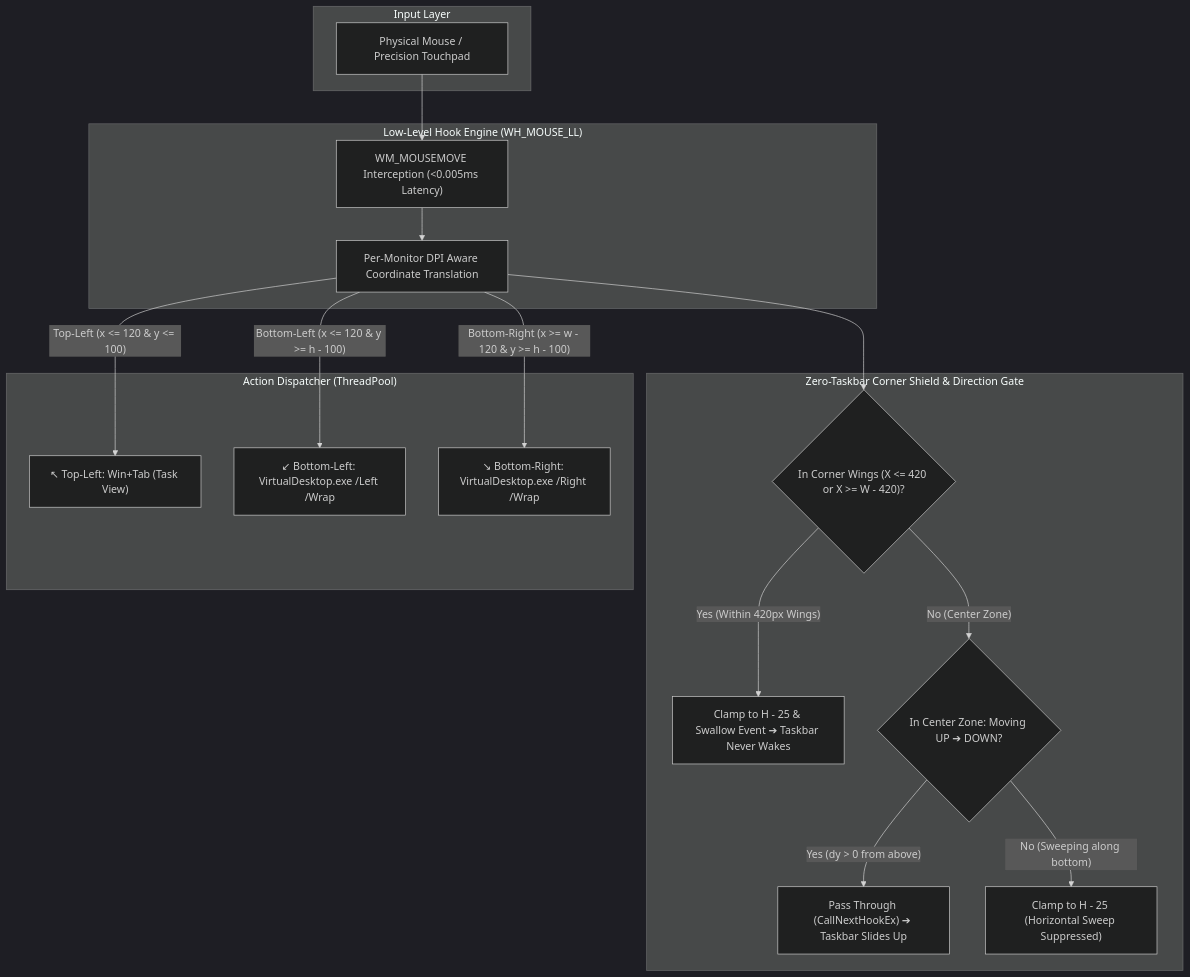
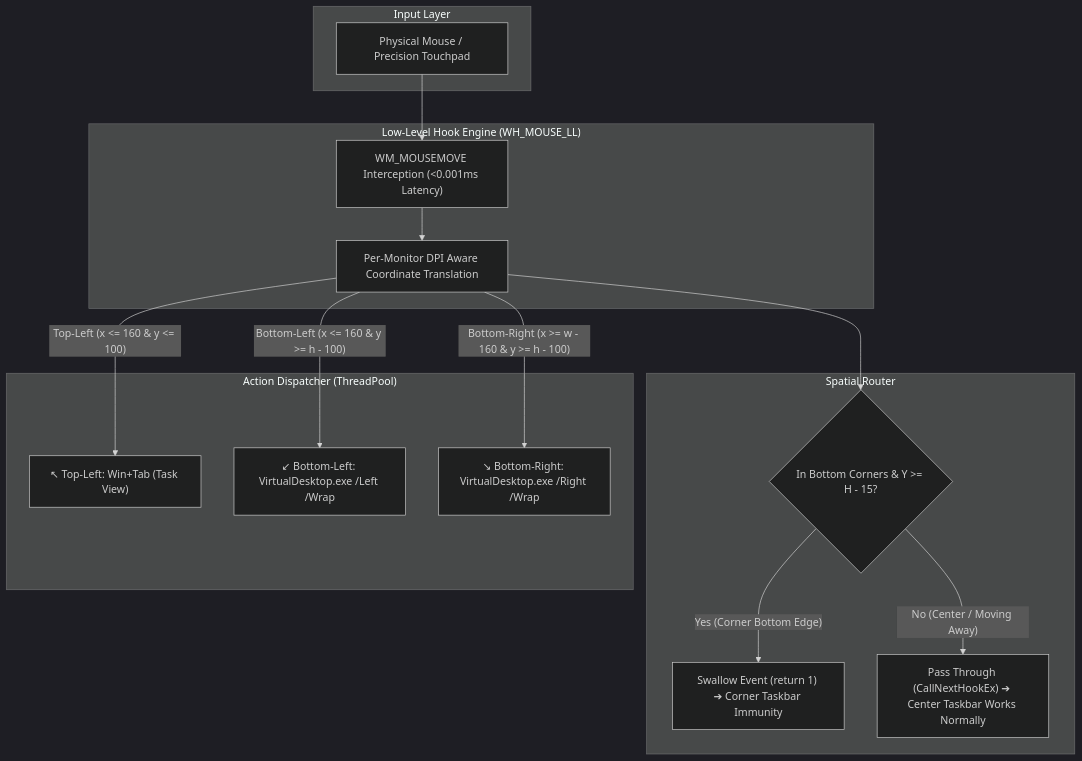
The diagram in README.md (vinman2006/HotCorners), drawn with Mermaid (dark theme) before and after one commit. The commit also changed other lines of this file and 2 other files, not shown here.

Commit message:
fix: restore natural center taskbar unhide and enforce pure swallow corner immunity

````diff
--- a/README.md
+++ b/README.md
@@ -99,34 +97,30 @@
 ```mermaid
 flowchart TD
     subgraph Hardware ["Input Layer"]
         Mouse["Physical Mouse / Precision Touchpad"]
     end
 
     subgraph KernelHook ["Low-Level Hook Engine (WH_MOUSE_LL)"]
-        HookProc["WM_MOUSEMOVE Interception (<0.005ms Latency)"]
+        HookProc["WM_MOUSEMOVE Interception (<0.001ms Latency)"]
         DPI["Per-Monitor DPI Aware Coordinate Translation"]
     end
 
-    subgraph CornerShield ["Zero-Taskbar Corner Shield & Direction Gate"]
-        CheckWings{"In Corner Wings (X <= 420 or X >= W - 420)?"}
-        ClampWing["Clamp to H - 25 & Swallow Event ➔ Taskbar Never Wakes"]
-        CheckCenter{"In Center Zone: Moving UP ➔ DOWN?"}
-        AllowCenter["Pass Through (CallNextHookEx) ➔ Taskbar Slides Up"]
-        ClampSweep["Clamp to H - 25 (Horizontal Sweep Suppressed)"]
+    subgraph Router ["Spatial Router"]
+        CheckCorner{"In Bottom Corners & Y >= H - 15?"}
+        Swallow["Swallow Event (return 1) ➔ Corner Taskbar Immunity"]
+        PassCenter["Pass Through (CallNextHookEx) ➔ Center Taskbar Works Normally"]
     end
 
     subgraph Dispatcher ["Action Dispatcher (ThreadPool)"]
         TopLeft["↖ Top-Left: Win+Tab (Task View)"]
         BottomLeft["↙ Bottom-Left: VirtualDesktop.exe /Left /Wrap"]
         BottomRight["↘ Bottom-Right: VirtualDesktop.exe /Right /Wrap"]
     end
 
-    Mouse --> HookProc --> DPI --> CheckWings
-    CheckWings -- "Yes (Within 420px Wings)" --> ClampWing
-    CheckWings -- "No (Center Zone)" --> CheckCenter
-    CheckCenter -- "Yes (dy > 0 from above)" --> AllowCenter
-    CheckCenter -- "No (Sweeping along bottom)" --> ClampSweep
-    DPI -- "Top-Left (x <= 120 & y <= 100)" --> TopLeft
-    DPI -- "Bottom-Left (x <= 120 & y >= h - 100)" --> BottomLeft
-    DPI -- "Bottom-Right (x >= w - 120 & y >= h - 100)" --> BottomRight
+    Mouse --> HookProc --> DPI --> CheckCorner
+    CheckCorner -- "Yes (Corner Bottom Edge)" --> Swallow
+    CheckCorner -- "No (Center / Moving Away)" --> PassCenter
+    DPI -- "Top-Left (x <= 160 & y <= 100)" --> TopLeft
+    DPI -- "Bottom-Left (x <= 160 & y >= h - 100)" --> BottomLeft
+    DPI -- "Bottom-Right (x >= w - 160 & y >= h - 100)" --> BottomRight
 ```
````
